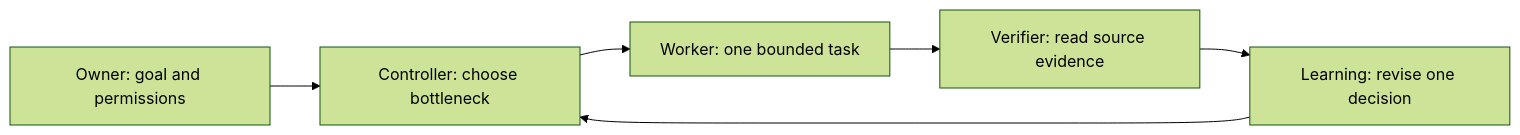
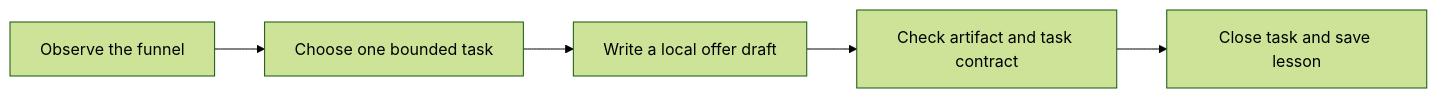
The diagram in README.md (parasdoshicom/zero-human-company-os), drawn with Mermaid (forest theme) before and after one commit. The commit also changed other lines of this file and 15 other files, not shown here.

````diff
--- a/README.md
+++ b/README.md
@@ -49,8 +18,7 @@
 ```mermaid
 flowchart LR
-    A[Owner: goal and permissions] --> B[Controller: choose bottleneck]
-    B --> C[Worker: one bounded task]
-    C --> D[Verifier: read source evidence]
-    D --> E[Learning: revise one decision]
-    E --> B
+    A[Observe the funnel] --> B[Choose one bounded task]
+    B --> C[Write a local offer draft]
+    C --> D[Check artifact and task contract]
+    D --> E[Close task and save lesson]
 ```
````
